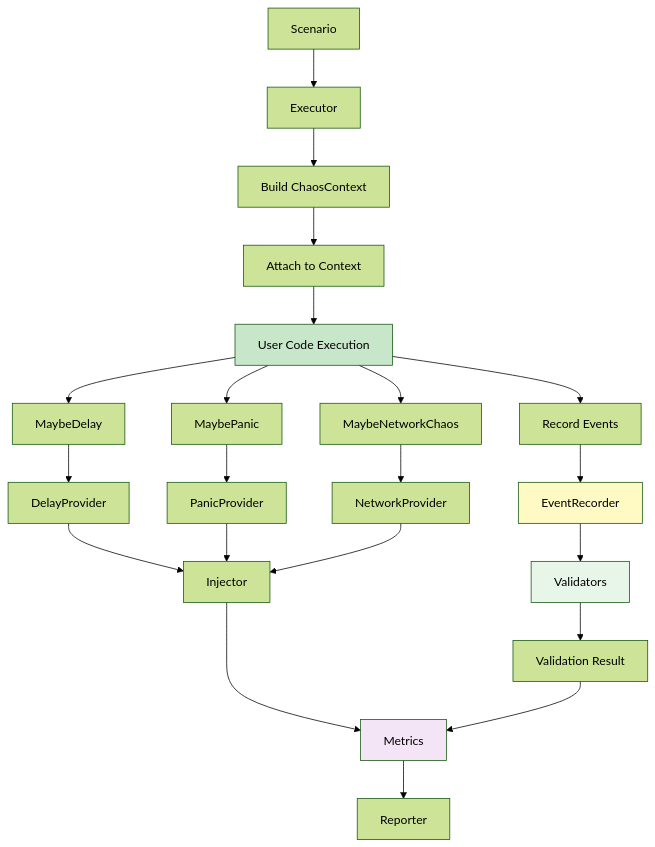
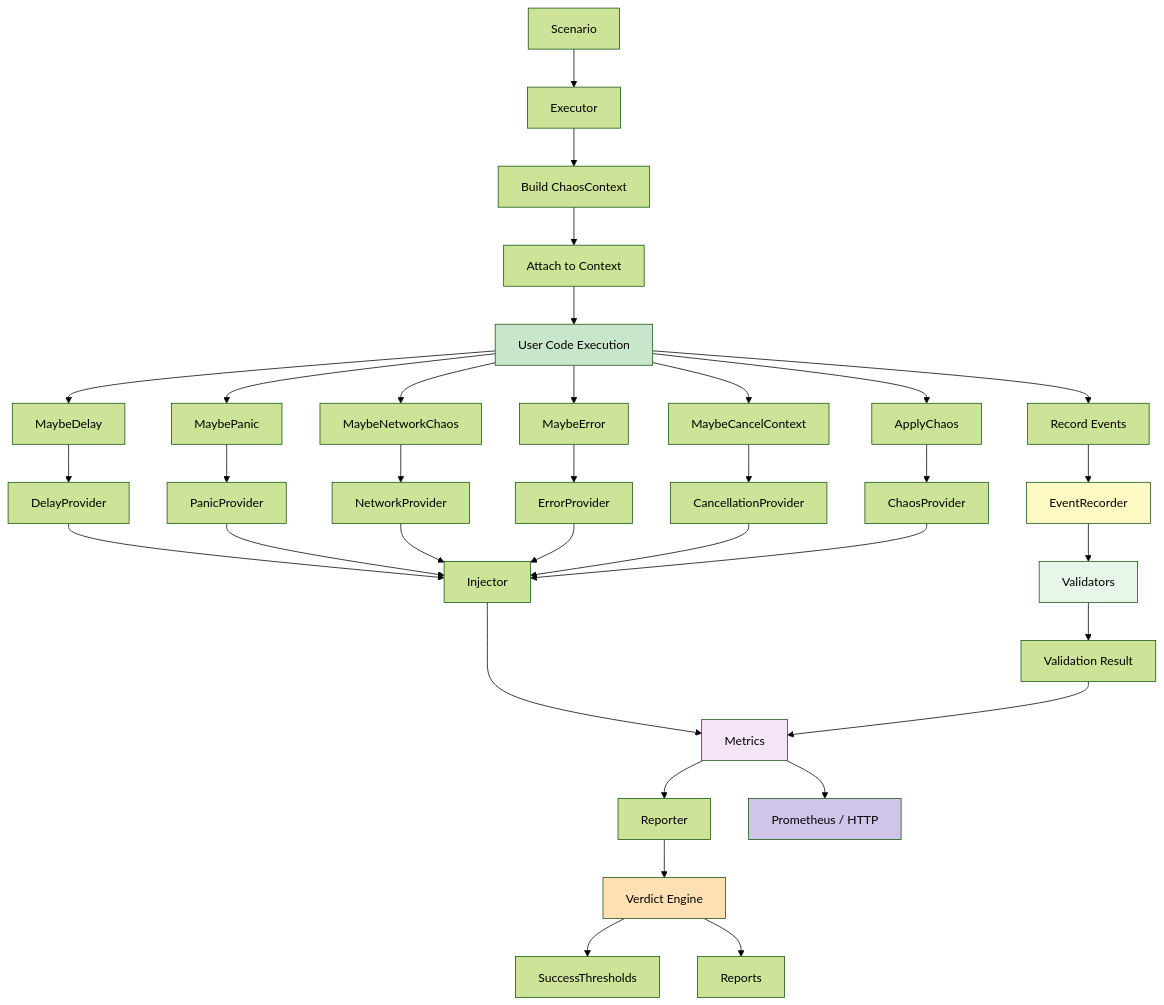
One commit to rom8726/chaoskit changed diagram 12 of 13 in ARCHITECTURE.md. Above: the diagram before and after it, drawn with Mermaid (forest theme). The commit also changed other lines of this file and 2 other files, not shown here.

````diff
--- a/ARCHITECTURE.md
+++ b/ARCHITECTURE.md
@@ -324,32 +449,47 @@
 ```mermaid
 graph TB
     Scenario[Scenario] --> Executor[Executor]
     Executor --> BuildContext[Build ChaosContext]
     BuildContext --> AttachContext[Attach to Context]
     
     AttachContext --> UserCode[User Code Execution]
     UserCode --> MaybeDelay[MaybeDelay]
     UserCode --> MaybePanic[MaybePanic]
     UserCode --> MaybeNetworkChaos[MaybeNetworkChaos]
+    UserCode --> MaybeError[MaybeError]
+    UserCode --> MaybeCancel[MaybeCancelContext]
+    UserCode --> ApplyChaos[ApplyChaos]
     UserCode --> RecordEvents[Record Events]
     
     MaybeDelay --> DelayProvider[DelayProvider]
     MaybePanic --> PanicProvider[PanicProvider]
     MaybeNetworkChaos --> NetworkProvider[NetworkProvider]
+    MaybeError --> ErrorProvider[ErrorProvider]
+    MaybeCancel --> CancellationProvider[CancellationProvider]
+    ApplyChaos --> RegisteredProvider[ChaosProvider]
     RecordEvents --> EventRecorder[EventRecorder]
     
     EventRecorder --> Validators[Validators]
     DelayProvider --> Injector[Injector]
     PanicProvider --> Injector
     NetworkProvider --> Injector
+    ErrorProvider --> Injector
+    CancellationProvider --> Injector
+    RegisteredProvider --> Injector
     
     Validators --> Result[Validation Result]
     Injector --> Metrics[Metrics]
     Result --> Metrics
     Metrics --> Reporter[Reporter]
+    Reporter --> VerdictEngine[Verdict Engine]
+    VerdictEngine --> Thresholds[SuccessThresholds]
+    VerdictEngine --> Reports
+    Metrics --> Exporters[Prometheus / HTTP]
     
     style UserCode fill:#c8e6c9
     style EventRecorder fill:#fff9c4
     style Validators fill:#e8f5e9
     style Metrics fill:#f3e5f5
+    style VerdictEngine fill:#ffe0b2
+    style Exporters fill:#d1c4e9
 ```
````
